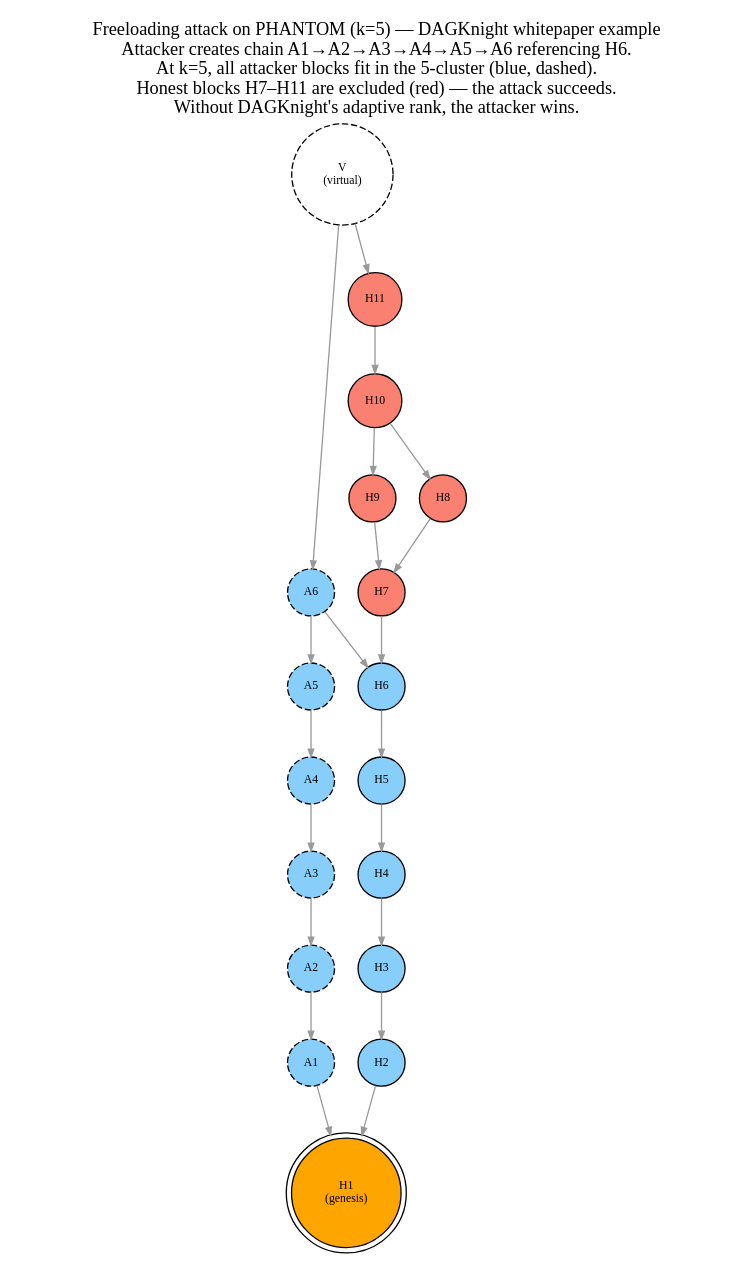
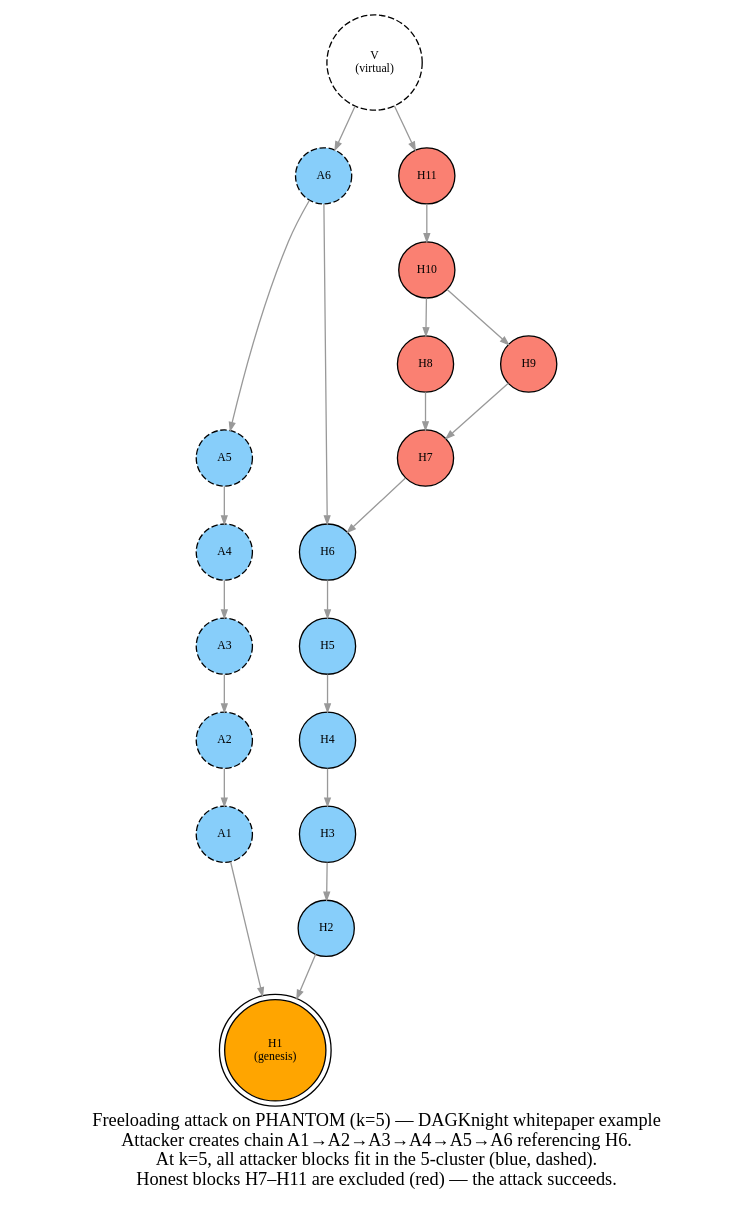
The diagram in dot/02-freeloading.dot (coderofstuff/dk-wiki), drawn with Graphviz before and after one commit. The commit also changed 5 other files, not shown here.

```diff
--- a/dot/02-freeloading.dot
+++ b/dot/02-freeloading.dot
@@ -1,59 +1,73 @@
 digraph freeloading_attack {
     rankdir=TB;
-    node [shape=circle, style=filled, fontsize=9];
+    nodesep=0.5;
+    ranksep=0.4;
+    node [shape=circle, style=filled, fontsize=9, width=0.6, height=0.6];
     edge [arrowsize=0.6, color=gray60];
 
-    label="Freeloading attack on PHANTOM (k=5) — DAGKnight whitepaper example\nAttacker creates chain A1→A2→A3→A4→A5→A6 referencing H6.\nAt k=5, all attacker blocks fit in the 5-cluster (blue, dashed).\nHonest blocks H7–H11 are excluded (red) — the attack succeeds.\nWithout DAGKnight's adaptive rank, the attacker wins.";
-    labelloc=t;
+    label="Freeloading attack on PHANTOM (k=5) — DAGKnight whitepaper example\nAttacker creates chain A1→A2→A3→A4→A5→A6 referencing H6.\nAt k=5, all attacker blocks fit in the 5-cluster (blue, dashed).\nHonest blocks H7–H11 are excluded (red) — the attack succeeds.";
 
     GEN [label="H1\n(genesis)", fillcolor=orange, shape=doublecircle];
 
     // Honest blocks that survive (in the k=5 cluster)
     H2 [label="H2", fillcolor=lightskyblue];
     H3 [label="H3", fillcolor=lightskyblue];
     H4 [label="H4", fillcolor=lightskyblue];
     H5 [label="H5", fillcolor=lightskyblue];
     H6 [label="H6", fillcolor=lightskyblue];
 
     // Attacker blocks — BLUE because k=5 includes them in the cluster
     A1 [label="A1", fillcolor=lightskyblue, style="filled,dashed"];
     A2 [label="A2", fillcolor=lightskyblue, style="filled,dashed"];
     A3 [label="A3", fillcolor=lightskyblue, style="filled,dashed"];
     A4 [label="A4", fillcolor=lightskyblue, style="filled,dashed"];
     A5 [label="A5", fillcolor=lightskyblue, style="filled,dashed"];
 
     // Attacker block A6 connects both chains — BLUE (cluster member)
     A6 [label="A6", fillcolor=lightskyblue, style="filled,dashed"];
 
     // Honest blocks excluded by the attack — RED
     H7 [label="H7", fillcolor=salmon];
     H8 [label="H8", fillcolor=salmon];
     H9 [label="H9", fillcolor=salmon];
     H10 [label="H10", fillcolor=salmon];
     H11 [label="H11", fillcolor=salmon];
 
     // Virtual block
-    V [label="V\n(virtual)", fillcolor=none, style="dashed", shape=circle];
+    V [label="V\n(virtual)", fillcolor=none, style="dashed", shape=circle, width=0.6, height=0.6];
+
+    // Force ranking
+    { rank=same; V; }
+    { rank=same; H11; A6; }
+    { rank=same; H10; }
+    { rank=same; H8; H9; }
+    { rank=same; H7; A5; }
+    { rank=same; H6; A4; }
+    { rank=same; H5; A3; }
+    { rank=same; H4; A2; }
+    { rank=same; H3; A1; }
+    { rank=same; H2; }
+    { rank=same; GEN; }
 
     // Edges point backwards (newer → older)
     V -> H11;
     V -> A6;
     A6 -> H6;
     A6 -> A5;
     H11 -> H10;
     H10 -> H8;
     H10 -> H9;
     H8 -> H7;
     H9 -> H7;
     H7 -> H6;
     H6 -> H5;
     H5 -> H4;
     H4 -> H3;
     H3 -> H2;
     H2 -> GEN;
     A5 -> A4;
     A4 -> A3;
     A3 -> A2;
     A2 -> A1;
     A1 -> GEN;
 }
```
